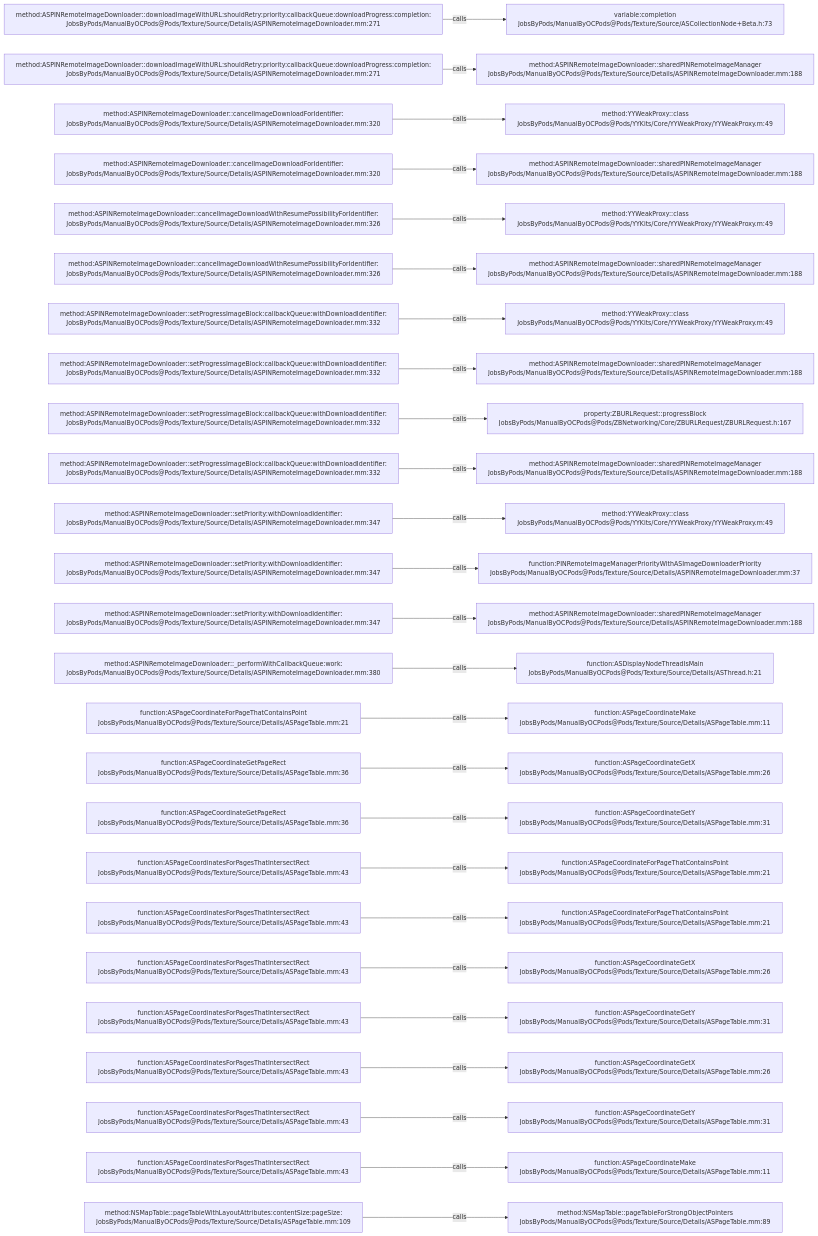
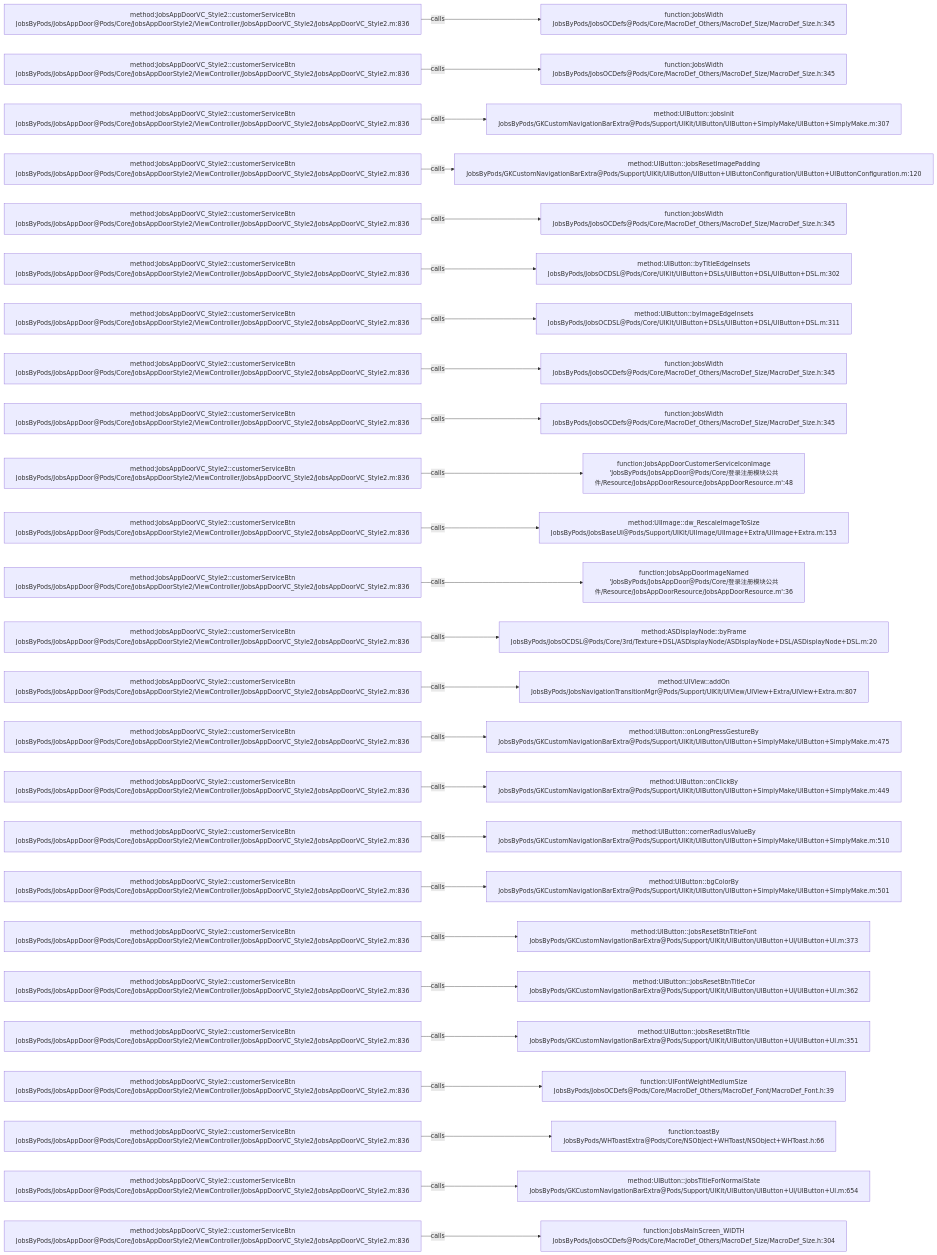
Before and after one commit to JobsKits/JobsOCBaseConfigDemo: the diagram in .codegraph/codegraph.md/graphs/calls-146.md, drawn with Mermaid. The commit also changed 768 other files, not shown here.

````diff
--- a/.codegraph/codegraph.md/graphs/calls-146.md
+++ b/.codegraph/codegraph.md/graphs/calls-146.md
@@ -13,78 +13,78 @@
 ```mermaid
 flowchart LR
-  S1["method:ASPINRemoteImageDownloader::downloadImageWithURL:shouldRetry:priority:callbackQueue:downloadProgress:completion:<br/>JobsByPods/ManualByOCPods@Pods/Texture/Source/Details/ASPINRemoteImageDownloader.mm:271"]
-  T1["variable:completion<br/>JobsByPods/ManualByOCPods@Pods/Texture/Source/ASCollectionNode+Beta.h:73"]
+  S1["method:JobsAppDoorVC_Style2::customerServiceBtn<br/>JobsByPods/JobsAppDoor@Pods/Core/JobsAppDoorStyle2/ViewController/JobsAppDoorVC_Style2/JobsAppDoorVC_Style2.m:836"]
+  T1["function:JobsWidth<br/>JobsByPods/JobsOCDefs@Pods/Core/MacroDef_Others/MacroDef_Size/MacroDef_Size.h:345"]
   S1 -->|calls| T1
-  S2["method:ASPINRemoteImageDownloader::downloadImageWithURL:shouldRetry:priority:callbackQueue:downloadProgress:completion:<br/>JobsByPods/ManualByOCPods@Pods/Texture/Source/Details/ASPINRemoteImageDownloader.mm:271"]
-  T2["method:ASPINRemoteImageDownloader::sharedPINRemoteImageManager<br/>JobsByPods/ManualByOCPods@Pods/Texture/Source/Details/ASPINRemoteImageDownloader.mm:188"]
+  S2["method:JobsAppDoorVC_Style2::customerServiceBtn<br/>JobsByPods/JobsAppDoor@Pods/Core/JobsAppDoorStyle2/ViewController/JobsAppDoorVC_Style2/JobsAppDoorVC_Style2.m:836"]
+  T2["function:JobsWidth<br/>JobsByPods/JobsOCDefs@Pods/Core/MacroDef_Others/MacroDef_Size/MacroDef_Size.h:345"]
   S2 -->|calls| T2
-  S3["method:ASPINRemoteImageDownloader::cancelImageDownloadForIdentifier:<br/>JobsByPods/ManualByOCPods@Pods/Texture/Source/Details/ASPINRemoteImageDownloader.mm:320"]
-  T3["method:YYWeakProxy::class<br/>JobsByPods/ManualByOCPods@Pods/YYKits/Core/YYWeakProxy/YYWeakProxy.m:49"]
+  S3["method:JobsAppDoorVC_Style2::customerServiceBtn<br/>JobsByPods/JobsAppDoor@Pods/Core/JobsAppDoorStyle2/ViewController/JobsAppDoorVC_Style2/JobsAppDoorVC_Style2.m:836"]
+  T3["method:UIButton::jobsInit<br/>JobsByPods/GKCustomNavigationBarExtra@Pods/Support/UIKit/UIButton/UIButton+SimplyMake/UIButton+SimplyMake.m:307"]
   S3 -->|calls| T3
-  S4["method:ASPINRemoteImageDownloader::cancelImageDownloadForIdentifier:<br/>JobsByPods/ManualByOCPods@Pods/Texture/Source/Details/ASPINRemoteImageDownloader.mm:320"]
-  T4["method:ASPINRemoteImageDownloader::sharedPINRemoteImageManager<br/>JobsByPods/ManualByOCPods@Pods/Texture/Source/Details/ASPINRemoteImageDownloader.mm:188"]
+  S4["method:JobsAppDoorVC_Style2::customerServiceBtn<br/>JobsByPods/JobsAppDoor@Pods/Core/JobsAppDoorStyle2/ViewController/JobsAppDoorVC_Style2/JobsAppDoorVC_Style2.m:836"]
+  T4["method:UIButton::jobsResetImagePadding<br/>JobsByPods/GKCustomNavigationBarExtra@Pods/Support/UIKit/UIButton/UIButton+UIButtonConfiguration/UIButton+UIButtonConfiguration.m:120"]
   S4 -->|calls| T4
-  S5["method:ASPINRemoteImageDownloader::cancelImageDownloadWithResumePossibilityForIdentifier:<br/>JobsByPods/ManualByOCPods@Pods/Texture/Source/Details/ASPINRemoteImageDownloader.mm:326"]
-  T5["method:YYWeakProxy::class<br/>JobsByPods/ManualByOCPods@Pods/YYKits/Core/YYWeakProxy/YYWeakProxy.m:49"]
+  S5["method:JobsAppDoorVC_Style2::customerServiceBtn<br/>JobsByPods/JobsAppDoor@Pods/Core/JobsAppDoorStyle2/ViewController/JobsAppDoorVC_Style2/JobsAppDoorVC_Style2.m:836"]
+  T5["function:JobsWidth<br/>JobsByPods/JobsOCDefs@Pods/Core/MacroDef_Others/MacroDef_Size/MacroDef_Size.h:345"]
   S5 -->|calls| T5
-  S6["method:ASPINRemoteImageDownloader::cancelImageDownloadWithResumePossibilityForIdentifier:<br/>JobsByPods/ManualByOCPods@Pods/Texture/Source/Details/ASPINRemoteImageDownloader.mm:326"]
-  T6["method:ASPINRemoteImageDownloader::sharedPINRemoteImageManager<br/>JobsByPods/ManualByOCPods@Pods/Texture/Source/Details/ASPINRemoteImageDownloader.mm:188"]
+  S6["method:JobsAppDoorVC_Style2::customerServiceBtn<br/>JobsByPods/JobsAppDoor@Pods/Core/JobsAppDoorStyle2/ViewController/JobsAppDoorVC_Style2/JobsAppDoorVC_Style2.m:836"]
+  T6["method:UIButton::byTitleEdgeInsets<br/>JobsByPods/JobsOCDSL@Pods/Core/UIKit/UIButton+DSLs/UIButton+DSL/UIButton+DSL.m:302"]
   S6 -->|calls| T6
-  S7["method:ASPINRemoteImageDownloader::setProgressImageBlock:callbackQueue:withDownloadIdentifier:<br/>JobsByPods/ManualByOCPods@Pods/Texture/Source/Details/ASPINRemoteImageDownloader.mm:332"]
-  T7["method:YYWeakProxy::class<br/>JobsByPods/ManualByOCPods@Pods/YYKits/Core/YYWeakProxy/YYWeakProxy.m:49"]
+  S7["method:JobsAppDoorVC_Style2::customerServiceBtn<br/>JobsByPods/JobsAppDoor@Pods/Core/JobsAppDoorStyle2/ViewController/JobsAppDoorVC_Style2/JobsAppDoorVC_Style2.m:836"]
+  T7["method:UIButton::byImageEdgeInsets<br/>JobsByPods/JobsOCDSL@Pods/Core/UIKit/UIButton+DSLs/UIButton+DSL/UIButton+DSL.m:311"]
   S7 -->|calls| T7
-  S8["method:ASPINRemoteImageDownloader::setProgressImageBlock:callbackQueue:withDownloadIdentifier:<br/>JobsByPods/ManualByOCPods@Pods/Texture/Source/Details/ASPINRemoteImageDownloader.mm:332"]
-  T8["method:ASPINRemoteImageDownloader::sharedPINRemoteImageManager<br/>JobsByPods/ManualByOCPods@Pods/Texture/Source/Details/ASPINRemoteImageDownloader.mm:188"]
+  S8["method:JobsAppDoorVC_Style2::customerServiceBtn<br/>JobsByPods/JobsAppDoor@Pods/Core/JobsAppDoorStyle2/ViewController/JobsAppDoorVC_Style2/JobsAppDoorVC_Style2.m:836"]
+  T8["function:JobsWidth<br/>JobsByPods/JobsOCDefs@Pods/Core/MacroDef_Others/MacroDef_Size/MacroDef_Size.h:345"]
   S8 -->|calls| T8
-  S9["method:ASPINRemoteImageDownloader::setProgressImageBlock:callbackQueue:withDownloadIdentifier:<br/>JobsByPods/ManualByOCPods@Pods/Texture/Source/Details/ASPINRemoteImageDownloader.mm:332"]
-  T9["property:ZBURLRequest::progressBlock<br/>JobsByPods/ManualByOCPods@Pods/ZBNetworking/Core/ZBURLRequest/ZBURLRequest.h:167"]
+  S9["method:JobsAppDoorVC_Style2::customerServiceBtn<br/>JobsByPods/JobsAppDoor@Pods/Core/JobsAppDoorStyle2/ViewController/JobsAppDoorVC_Style2/JobsAppDoorVC_Style2.m:836"]
+  T9["function:JobsWidth<br/>JobsByPods/JobsOCDefs@Pods/Core/MacroDef_Others/MacroDef_Size/MacroDef_Size.h:345"]
   S9 -->|calls| T9
-  S10["method:ASPINRemoteImageDownloader::setProgressImageBlock:callbackQueue:withDownloadIdentifier:<br/>JobsByPods/ManualByOCPods@Pods/Texture/Source/Details/ASPINRemoteImageDownloader.mm:332"]
-  T10["method:ASPINRemoteImageDownloader::sharedPINRemoteImageManager<br/>JobsByPods/ManualByOCPods@Pods/Texture/Source/Details/ASPINRemoteImageDownloader.mm:188"]
+  S10["method:JobsAppDoorVC_Style2::customerServiceBtn<br/>JobsByPods/JobsAppDoor@Pods/Core/JobsAppDoorStyle2/ViewController/JobsAppDoorVC_Style2/JobsAppDoorVC_Style2.m:836"]
+  T10["function:JobsAppDoorCustomerServiceIconImage<br/>'JobsByPods/JobsAppDoor@Pods/Core/登录注册模块公共件/Resource/JobsAppDoorResource/JobsAppDoorResource.m':48"]
   S10 -->|calls| T10
-  S11["method:ASPINRemoteImageDownloader::setPriority:withDownloadIdentifier:<br/>JobsByPods/ManualByOCPods@Pods/Texture/Source/Details/ASPINRemoteImageDownloader.mm:347"]
-  T11["method:YYWeakProxy::class<br/>JobsByPods/ManualByOCPods@Pods/YYKits/Core/YYWeakProxy/YYWeakProxy.m:49"]
+  S11["method:JobsAppDoorVC_Style2::customerServiceBtn<br/>JobsByPods/JobsAppDoor@Pods/Core/JobsAppDoorStyle2/ViewController/JobsAppDoorVC_Style2/JobsAppDoorVC_Style2.m:836"]
+  T11["method:UIImage::dw_RescaleImageToSize<br/>JobsByPods/JobsBaseUI@Pods/Support/UIKit/UIImage/UIImage+Extra/UIImage+Extra.m:153"]
   S11 -->|calls| T11
-  S12["method:ASPINRemoteImageDownloader::setPriority:withDownloadIdentifier:<br/>JobsByPods/ManualByOCPods@Pods/Texture/Source/Details/ASPINRemoteImageDownloader.mm:347"]
-  T12["function:PINRemoteImageManagerPriorityWithASImageDownloaderPriority<br/>JobsByPods/ManualByOCPods@Pods/Texture/Source/Details/ASPINRemoteImageDownloader.mm:37"]
+  S12["method:JobsAppDoorVC_Style2::customerServiceBtn<br/>JobsByPods/JobsAppDoor@Pods/Core/JobsAppDoorStyle2/ViewController/JobsAppDoorVC_Style2/JobsAppDoorVC_Style2.m:836"]
+  T12["function:JobsAppDoorImageNamed<br/>'JobsByPods/JobsAppDoor@Pods/Core/登录注册模块公共件/Resource/JobsAppDoorResource/JobsAppDoorResource.m':36"]
   S12 -->|calls| T12
-  S13["method:ASPINRemoteImageDownloader::setPriority:withDownloadIdentifier:<br/>JobsByPods/ManualByOCPods@Pods/Texture/Source/Details/ASPINRemoteImageDownloader.mm:347"]
-  T13["method:ASPINRemoteImageDownloader::sharedPINRemoteImageManager<br/>JobsByPods/ManualByOCPods@Pods/Texture/Source/Details/ASPINRemoteImageDownloader.mm:188"]
+  S13["method:JobsAppDoorVC_Style2::customerServiceBtn<br/>JobsByPods/JobsAppDoor@Pods/Core/JobsAppDoorStyle2/ViewController/JobsAppDoorVC_Style2/JobsAppDoorVC_Style2.m:836"]
+  T13["method:ASDisplayNode::byFrame<br/>JobsByPods/JobsOCDSL@Pods/Core/3rd/Texture+DSL/ASDisplayNode/ASDisplayNode+DSL/ASDisplayNode+DSL.m:20"]
   S13 -->|calls| T13
-  S14["method:ASPINRemoteImageDownloader::_performWithCallbackQueue:work:<br/>JobsByPods/ManualByOCPods@Pods/Texture/Source/Details/ASPINRemoteImageDownloader.mm:380"]
-  T14["function:ASDisplayNodeThreadIsMain<br/>JobsByPods/ManualByOCPods@Pods/Texture/Source/Details/ASThread.h:21"]
+  S14["method:JobsAppDoorVC_Style2::customerServiceBtn<br/>JobsByPods/JobsAppDoor@Pods/Core/JobsAppDoorStyle2/ViewController/JobsAppDoorVC_Style2/JobsAppDoorVC_Style2.m:836"]
+  T14["method:UIView::addOn<br/>JobsByPods/JobsNavigationTransitionMgr@Pods/Support/UIKit/UIView/UIView+Extra/UIView+Extra.m:807"]
   S14 -->|calls| T14
-  S15["function:ASPageCoordinateForPageThatContainsPoint<br/>JobsByPods/ManualByOCPods@Pods/Texture/Source/Details/ASPageTable.mm:21"]
-  T15["function:ASPageCoordinateMake<br/>JobsByPods/ManualByOCPods@Pods/Texture/Source/Details/ASPageTable.mm:11"]
+  S15["method:JobsAppDoorVC_Style2::customerServiceBtn<br/>JobsByPods/JobsAppDoor@Pods/Core/JobsAppDoorStyle2/ViewController/JobsAppDoorVC_Style2/JobsAppDoorVC_Style2.m:836"]
+  T15["method:UIButton::onLongPressGestureBy<br/>JobsByPods/GKCustomNavigationBarExtra@Pods/Support/UIKit/UIButton/UIButton+SimplyMake/UIButton+SimplyMake.m:475"]
   S15 -->|calls| T15
-  S16["function:ASPageCoordinateGetPageRect<br/>JobsByPods/ManualByOCPods@Pods/Texture/Source/Details/ASPageTable.mm:36"]
-  T16["function:ASPageCoordinateGetX<br/>JobsByPods/ManualByOCPods@Pods/Texture/Source/Details/ASPageTable.mm:26"]
+  S16["method:JobsAppDoorVC_Style2::customerServiceBtn<br/>JobsByPods/JobsAppDoor@Pods/Core/JobsAppDoorStyle2/ViewController/JobsAppDoorVC_Style2/JobsAppDoorVC_Style2.m:836"]
+  T16["method:UIButton::onClickBy<br/>JobsByPods/GKCustomNavigationBarExtra@Pods/Support/UIKit/UIButton/UIButton+SimplyMake/UIButton+SimplyMake.m:449"]
   S16 -->|calls| T16
-  S17["function:ASPageCoordinateGetPageRect<br/>JobsByPods/ManualByOCPods@Pods/Texture/Source/Details/ASPageTable.mm:36"]
-  T17["function:ASPageCoordinateGetY<br/>JobsByPods/ManualByOCPods@Pods/Texture/Source/Details/ASPageTable.mm:31"]
+  S17["method:JobsAppDoorVC_Style2::customerServiceBtn<br/>JobsByPods/JobsAppDoor@Pods/Core/JobsAppDoorStyle2/ViewController/JobsAppDoorVC_Style2/JobsAppDoorVC_Style2.m:836"]
+  T17["method:UIButton::cornerRadiusValueBy<br/>JobsByPods/GKCustomNavigationBarExtra@Pods/Support/UIKit/UIButton/UIButton+SimplyMake/UIButton+SimplyMake.m:510"]
   S17 -->|calls| T17
-  S18["function:ASPageCoordinatesForPagesThatIntersectRect<br/>JobsByPods/ManualByOCPods@Pods/Texture/Source/Details/ASPageTable.mm:43"]
-  T18["function:ASPageCoordinateForPageThatContainsPoint<br/>JobsByPods/ManualByOCPods@Pods/Texture/Source/Details/ASPageTable.mm:21"]
+  S18["method:JobsAppDoorVC_Style2::customerServiceBtn<br/>JobsByPods/JobsAppDoor@Pods/Core/JobsAppDoorStyle2/ViewController/JobsAppDoorVC_Style2/JobsAppDoorVC_Style2.m:836"]
+  T18["method:UIButton::bgColorBy<br/>JobsByPods/GKCustomNavigationBarExtra@Pods/Support/UIKit/UIButton/UIButton+SimplyMake/UIButton+SimplyMake.m:501"]
   S18 -->|calls| T18
-  S19["function:ASPageCoordinatesForPagesThatIntersectRect<br/>JobsByPods/ManualByOCPods@Pods/Texture/Source/Details/ASPageTable.mm:43"]
-  T19["function:ASPageCoordinateForPageThatContainsPoint<br/>JobsByPods/ManualByOCPods@Pods/Texture/Source/Details/ASPageTable.mm:21"]
+  S19["method:JobsAppDoorVC_Style2::customerServiceBtn<br/>JobsByPods/JobsAppDoor@Pods/Core/JobsAppDoorStyle2/ViewController/JobsAppDoorVC_Style2/JobsAppDoorVC_Style2.m:836"]
+  T19["method:UIButton::jobsResetBtnTitleFont<br/>JobsByPods/GKCustomNavigationBarExtra@Pods/Support/UIKit/UIButton/UIButton+UI/UIButton+UI.m:373"]
   S19 -->|calls| T19
-  S20["function:ASPageCoordinatesForPagesThatIntersectRect<br/>JobsByPods/ManualByOCPods@Pods/Texture/Source/Details/ASPageTable.mm:43"]
-  T20["function:ASPageCoordinateGetX<br/>JobsByPods/ManualByOCPods@Pods/Texture/Source/Details/ASPageTable.mm:26"]
+  S20["method:JobsAppDoorVC_Style2::customerServiceBtn<br/>JobsByPods/JobsAppDoor@Pods/Core/JobsAppDoorStyle2/ViewController/JobsAppDoorVC_Style2/JobsAppDoorVC_Style2.m:836"]
+  T20["method:UIButton::jobsResetBtnTitleCor<br/>JobsByPods/GKCustomNavigationBarExtra@Pods/Support/UIKit/UIButton/UIButton+UI/UIButton+UI.m:362"]
   S20 -->|calls| T20
-  S21["function:ASPageCoordinatesForPagesThatIntersectRect<br/>JobsByPods/ManualByOCPods@Pods/Texture/Source/Details/ASPageTable.mm:43"]
-  T21["function:ASPageCoordinateGetY<br/>JobsByPods/ManualByOCPods@Pods/Texture/Source/Details/ASPageTable.mm:31"]
+  S21["method:JobsAppDoorVC_Style2::customerServiceBtn<br/>JobsByPods/JobsAppDoor@Pods/Core/JobsAppDoorStyle2/ViewController/JobsAppDoorVC_Style2/JobsAppDoorVC_Style2.m:836"]
+  T21["method:UIButton::jobsResetBtnTitle<br/>JobsByPods/GKCustomNavigationBarExtra@Pods/Support/UIKit/UIButton/UIButton+UI/UIButton+UI.m:351"]
   S21 -->|calls| T21
-  S22["function:ASPageCoordinatesForPagesThatIntersectRect<br/>JobsByPods/ManualByOCPods@Pods/Texture/Source/Details/ASPageTable.mm:43"]
-  T22["function:ASPageCoordinateGetX<br/>JobsByPods/ManualByOCPods@Pods/Texture/Source/Details/ASPageTable.mm:26"]
+  S22["method:JobsAppDoorVC_Style2::customerServiceBtn<br/>JobsByPods/JobsAppDoor@Pods/Core/JobsAppDoorStyle2/ViewController/JobsAppDoorVC_Style2/JobsAppDoorVC_Style2.m:836"]
+  T22["function:UIFontWeightMediumSize<br/>JobsByPods/JobsOCDefs@Pods/Core/MacroDef_Others/MacroDef_Font/MacroDef_Font.h:39"]
   S22 -->|calls| T22
-  S23["function:ASPageCoordinatesForPagesThatIntersectRect<br/>JobsByPods/ManualByOCPods@Pods/Texture/Source/Details/ASPageTable.mm:43"]
-  T23["function:ASPageCoordinateGetY<br/>JobsByPods/ManualByOCPods@Pods/Texture/Source/Details/ASPageTable.mm:31"]
+  S23["method:JobsAppDoorVC_Style2::customerServiceBtn<br/>JobsByPods/JobsAppDoor@Pods/Core/JobsAppDoorStyle2/ViewController/JobsAppDoorVC_Style2/JobsAppDoorVC_Style2.m:836"]
+  T23["function:toastBy<br/>JobsByPods/WHToastExtra@Pods/Core/NSObject+WHToast/NSObject+WHToast.h:66"]
   S23 -->|calls| T23
-  S24["function:ASPageCoordinatesForPagesThatIntersectRect<br/>JobsByPods/ManualByOCPods@Pods/Texture/Source/Details/ASPageTable.mm:43"]
-  T24["function:ASPageCoordinateMake<br/>JobsByPods/ManualByOCPods@Pods/Texture/Source/Details/ASPageTable.mm:11"]
+  S24["method:JobsAppDoorVC_Style2::customerServiceBtn<br/>JobsByPods/JobsAppDoor@Pods/Core/JobsAppDoorStyle2/ViewController/JobsAppDoorVC_Style2/JobsAppDoorVC_Style2.m:836"]
+  T24["method:UIButton::jobsTitleForNormalState<br/>JobsByPods/GKCustomNavigationBarExtra@Pods/Support/UIKit/UIButton/UIButton+UI/UIButton+UI.m:654"]
   S24 -->|calls| T24
-  S25["method:NSMapTable::pageTableWithLayoutAttributes:contentSize:pageSize:<br/>JobsByPods/ManualByOCPods@Pods/Texture/Source/Details/ASPageTable.mm:109"]
-  T25["method:NSMapTable::pageTableForStrongObjectPointers<br/>JobsByPods/ManualByOCPods@Pods/Texture/Source/Details/ASPageTable.mm:89"]
+  S25["method:JobsAppDoorVC_Style2::customerServiceBtn<br/>JobsByPods/JobsAppDoor@Pods/Core/JobsAppDoorStyle2/ViewController/JobsAppDoorVC_Style2/JobsAppDoorVC_Style2.m:836"]
+  T25["function:JobsMainScreen_WIDTH<br/>JobsByPods/JobsOCDefs@Pods/Core/MacroDef_Others/MacroDef_Size/MacroDef_Size.h:304"]
   S25 -->|calls| T25
 ```
````
